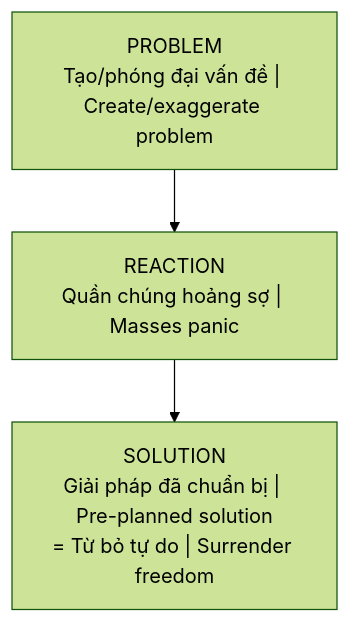
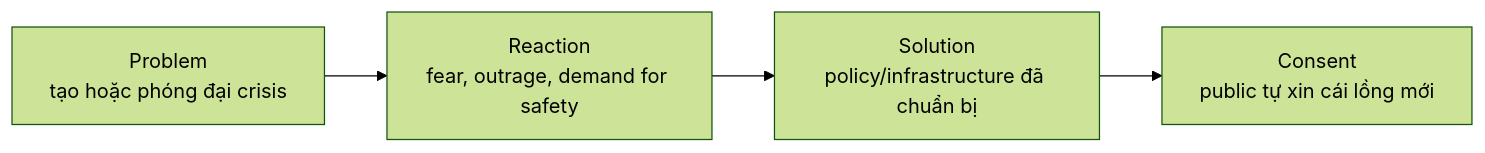
One commit to dyukahi/knowledge changed the second of 5 diagrams in esoterica/Ma Trận.md. Above: the diagram before and after it, drawn with Mermaid (forest theme). The commit also changed other lines of this file and 2 other files, not shown here.

````diff
--- a/esoterica/Ma Trận.md
+++ b/esoterica/Ma Trận.md
@@ -91,8 +136,6 @@
 ```mermaid
-flowchart TD
-    P["PROBLEM<br/>Tạo/phóng đại vấn đề | Create/exaggerate problem"]
-    R["REACTION<br/>Quần chúng hoảng sợ | Masses panic"]
-    S["SOLUTION<br/>Giải pháp đã chuẩn bị | Pre-planned solution<br/>= Từ bỏ tự do | Surrender freedom"]
-    
-    P --> R --> S
+flowchart LR
+    P[Problem<br/>tạo hoặc phóng đại crisis] --> R[Reaction<br/>fear, outrage, demand for safety]
+    R --> S[Solution<br/>policy/infrastructure đã chuẩn bị]
+    S --> C[Consent<br/>public tự xin cái lồng mới]
 ```
````
